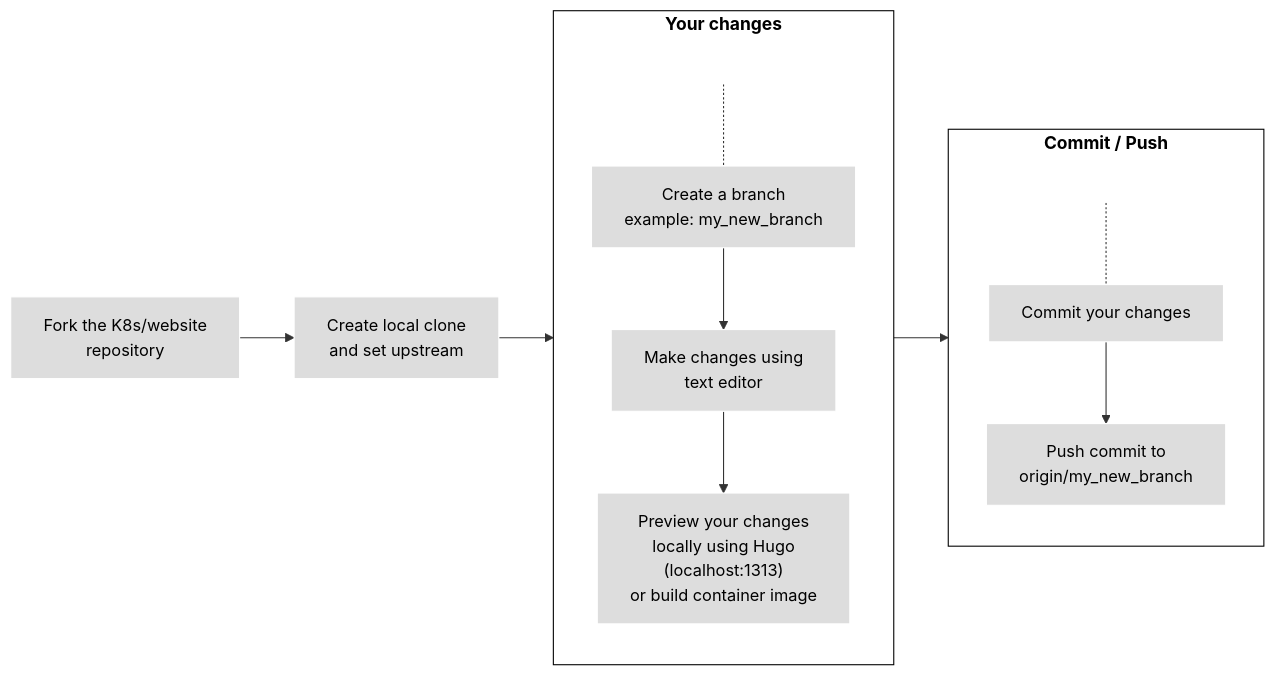
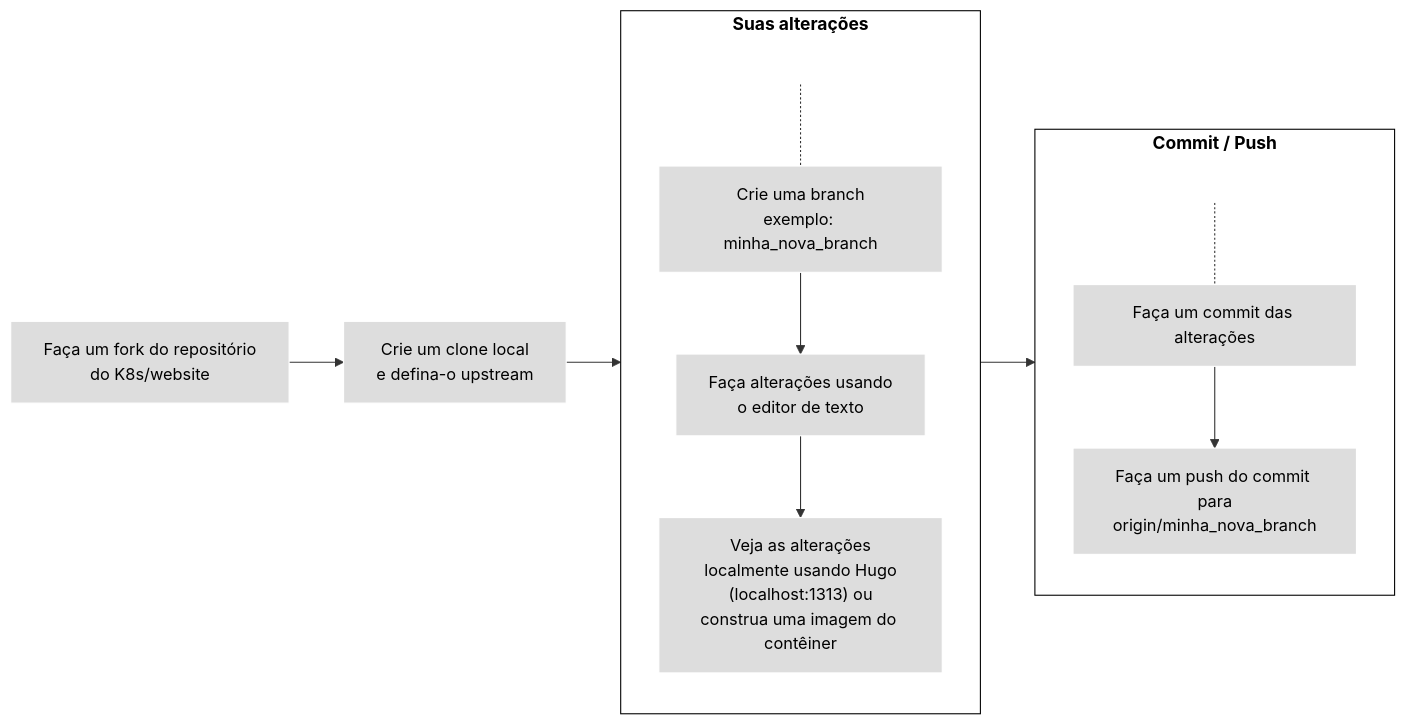
Before and after one commit to juliafmorgado/website: the second of 3 diagrams in content/pt-br/docs/contribute/new-content/open-a-pr.md, drawn with Mermaid. The commit also changed other lines of this file, not shown here.

```diff
--- a/content/pt-br/docs/contribute/new-content/open-a-pr.md
+++ b/content/pt-br/docs/contribute/new-content/open-a-pr.md
@@ -134,24 +132,24 @@
 {{< mermaid >}}
 flowchart LR
-1[Fork the K8s/website<br>repository] --> 2[Create local clone<br>and set upstream]
-subgraph changes[Your changes]
+1[Faça um fork do repositório<br>do K8s/website] --> 2[Crie um clone local<br>e defina-o upstream]
+subgraph changes[Suas alterações]
 direction TB
 S[ ] -.-
-3[Create a branch<br>example: my_new_branch] --> 3a[Make changes using<br>text editor] --> 4["Preview your changes<br>locally using Hugo<br>(localhost:1313)<br>or build container image"]
+3[Crie uma branch<br>exemplo: minha_nova_branch] --> 3a[Faça alterações usando<br>o editor de texto] --> 4["Veja as alterações<br>localmente usando Hugo<br>(localhost:1313) ou<br>construa uma imagem do contêiner"]
 end
 subgraph changes2[Commit / Push]
 direction TB
 T[ ] -.-
-5[Commit your changes] --> 6[Push commit to<br>origin/my_new_branch]
+5[Faça um commit das alterações] --> 6[Faça um push do commit para<br>origin/minha_nova_branch]
 end
 
 2 --> changes --> changes2
 
 classDef grey fill:#dddddd,stroke:#ffffff,stroke-width:px,color:#000000, font-size:15px;
 classDef white fill:#ffffff,stroke:#000,stroke-width:px,color:#000,font-weight:bold
 classDef k8s fill:#326ce5,stroke:#fff,stroke-width:1px,color:#fff;
 classDef spacewhite fill:#ffffff,stroke:#fff,stroke-width:0px,color:#000
 class 1,2,3,3a,4,5,6 grey
 class S,T spacewhite
 class changes,changes2 white
 {{</ mermaid >}}
```
